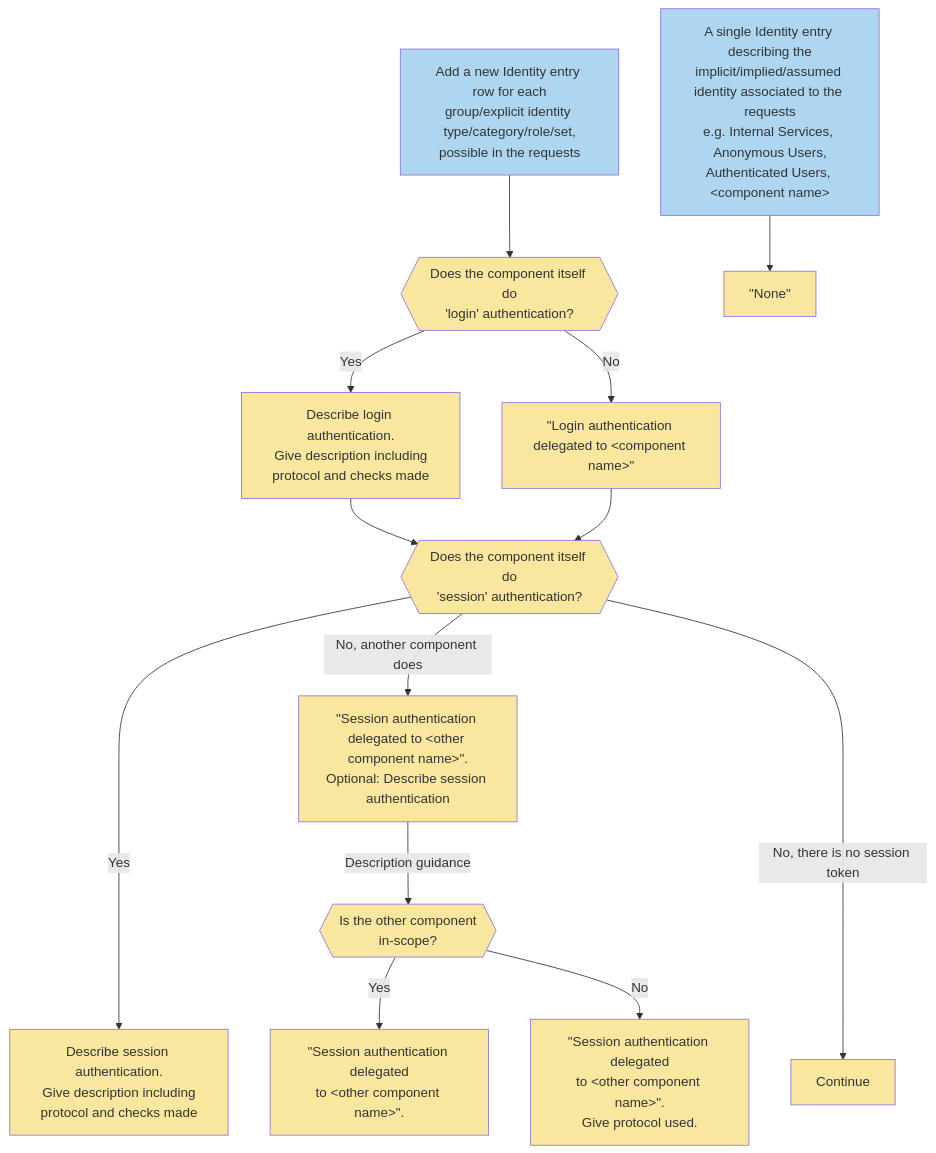
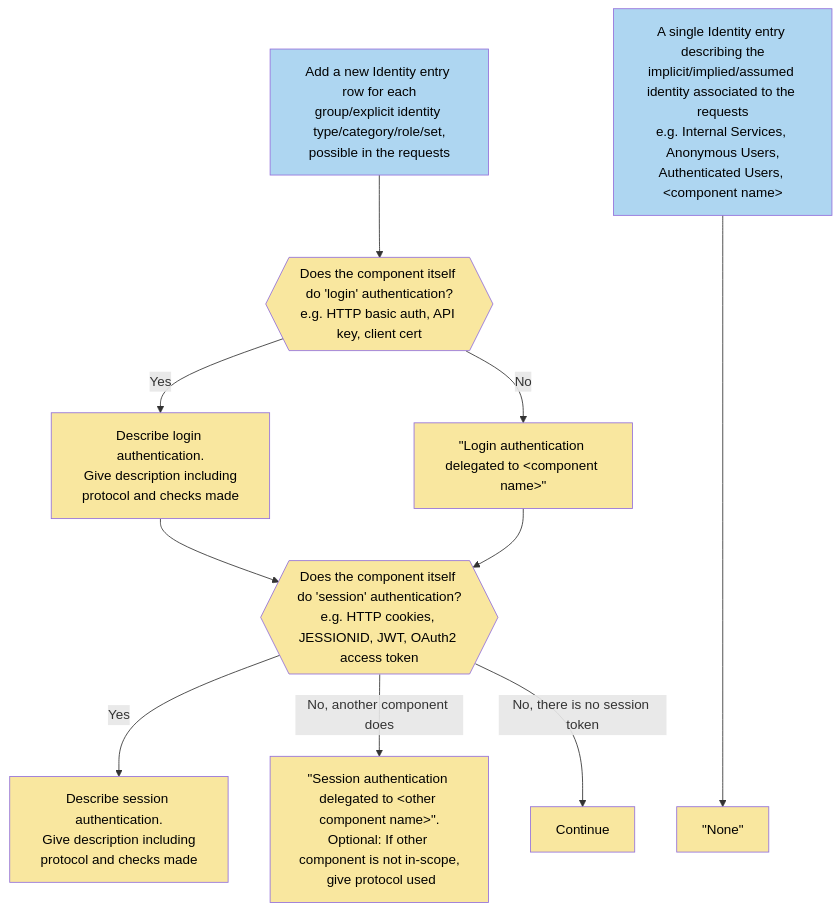
The second of 3 diagrams in docs/source/create/components.md (samadhicsec/threatware-docs), drawn with Mermaid before and after one commit. The commit also changed other lines of this file, not shown here.

Commit message:
Updated authn/z table guidance

````diff
--- a/docs/source/create/components.md
+++ b/docs/source/create/components.md
@@ -178,18 +219,15 @@
 ```{mermaid}
 :align: center
 flowchart TD
-    classDef default fill:#f9e79f 
+    classDef default fill:#f9e79f,color:#000 
     classDef id fill:#aed6f1
-    Many[Add a new Identity entry row for each\ngroup/explicit identity type/category/role/set,\npossible in the requests]:::id --> Login{{Does the component itself do\n'login' authentication?}}
-    Single["A single Identity entry describing the\nimplicit/implied/assumed identity associated to the requests\ne.g. Internal Services, Anonymous Users,\nAuthenticated Users, #lt;component name>"]:::id --> IDN["#quot;None#quot;"]
+    Many[Add a new Identity entry row for each\ngroup/explicit identity type/category/role/set,\npossible in the requests]:::id --> Login{{Does the component itself do 'login' authentication?\ne.g. HTTP basic auth, API key, client cert}}
+    Single["A single Identity entry describing the\nimplicit/implied/assumed identity associated to the requests\ne.g. Internal Services, Anonymous Users,\nAuthenticated Users, #lt;component name>"]:::id -----> IDN["#quot;None#quot;"]
     Login -->|Yes| LoginItself[Describe login authentication.\nGive description including\nprotocol and checks made]
     Login -->|No| LoginDelegate["#quot;Login authentication delegated to #lt;component name>#quot;"]
-    LoginItself --> Session{{Does the component itself do\n'session' authentication?}}
+    LoginItself --> Session{{Does the component itself do 'session' authentication?\ne.g. HTTP cookies, JESSIONID, JWT, OAuth2 access token}}
     LoginDelegate --> Session
-    Session ---->|Yes| SessionD[Describe session authentication.\nGive description including\nprotocol and checks made]
-    Session -->|No, another component does| Delegate["#quot;Session authentication delegated to #lt;other component name>#quot;.\nOptional: Describe session authentication"]
-    Delegate -->|Description guidance| DescGuid{{Is the other component\nin-scope?}}
-    DescGuid -->|Yes| InScope["#quot;Session authentication delegated\nto #lt;other component name>#quot;."]
-    DescGuid -->|No| NotInScope["#quot;Session authentication delegated\nto #lt;other component name>#quot;.\nGive protocol used."]
-    Session ---->|No, there is no session token| Continue["Continue"]
+    Session -->|Yes| SessionD[Describe session authentication.\nGive description including\nprotocol and checks made]
+    Session -->|No, another component does| Delegate["#quot;Session authentication delegated to #lt;other component name>#quot;.\nOptional: If other component is not in-scope,<br /> give protocol used"]
+    Session -->|No, there is no session token| Continue["Continue"]
 ```
````
